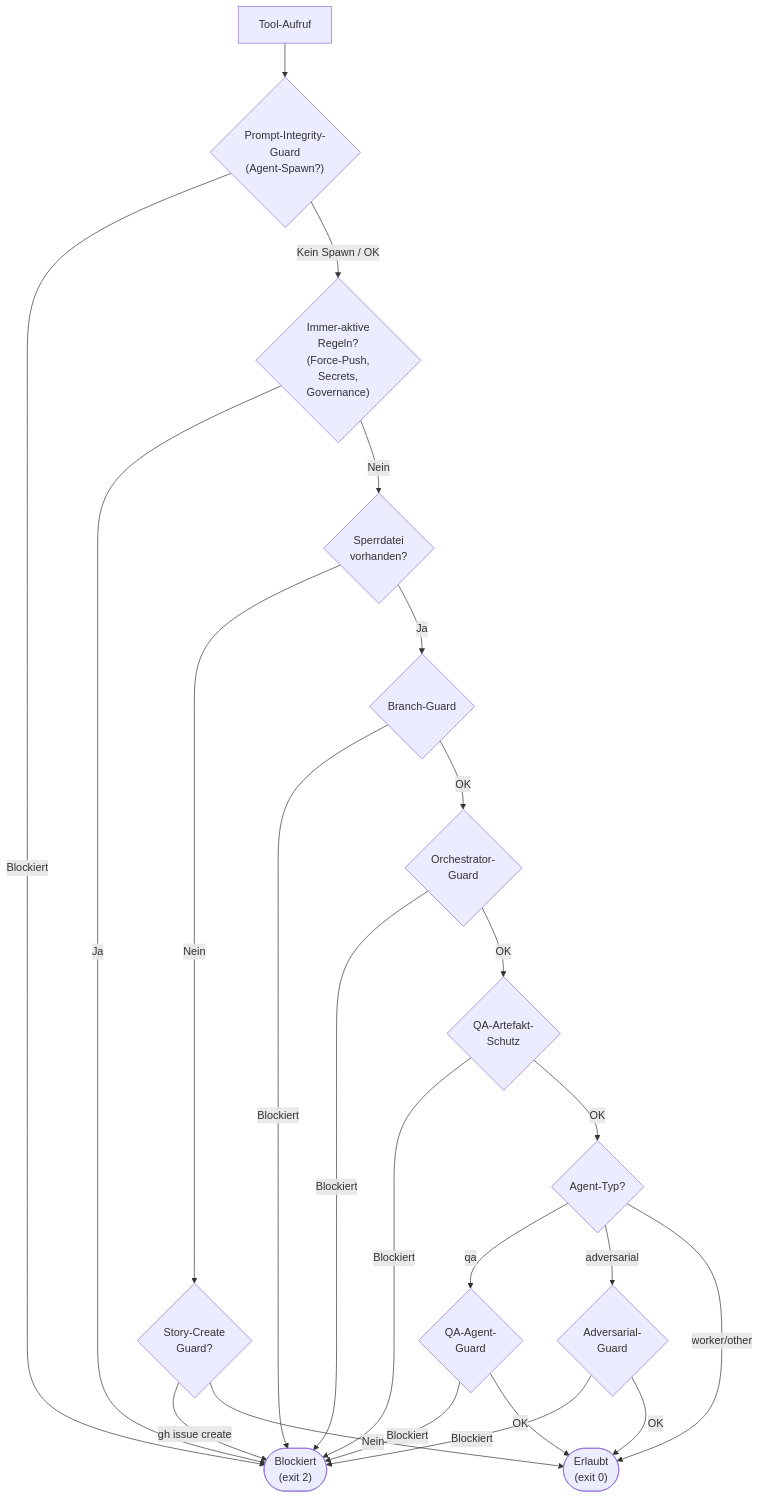
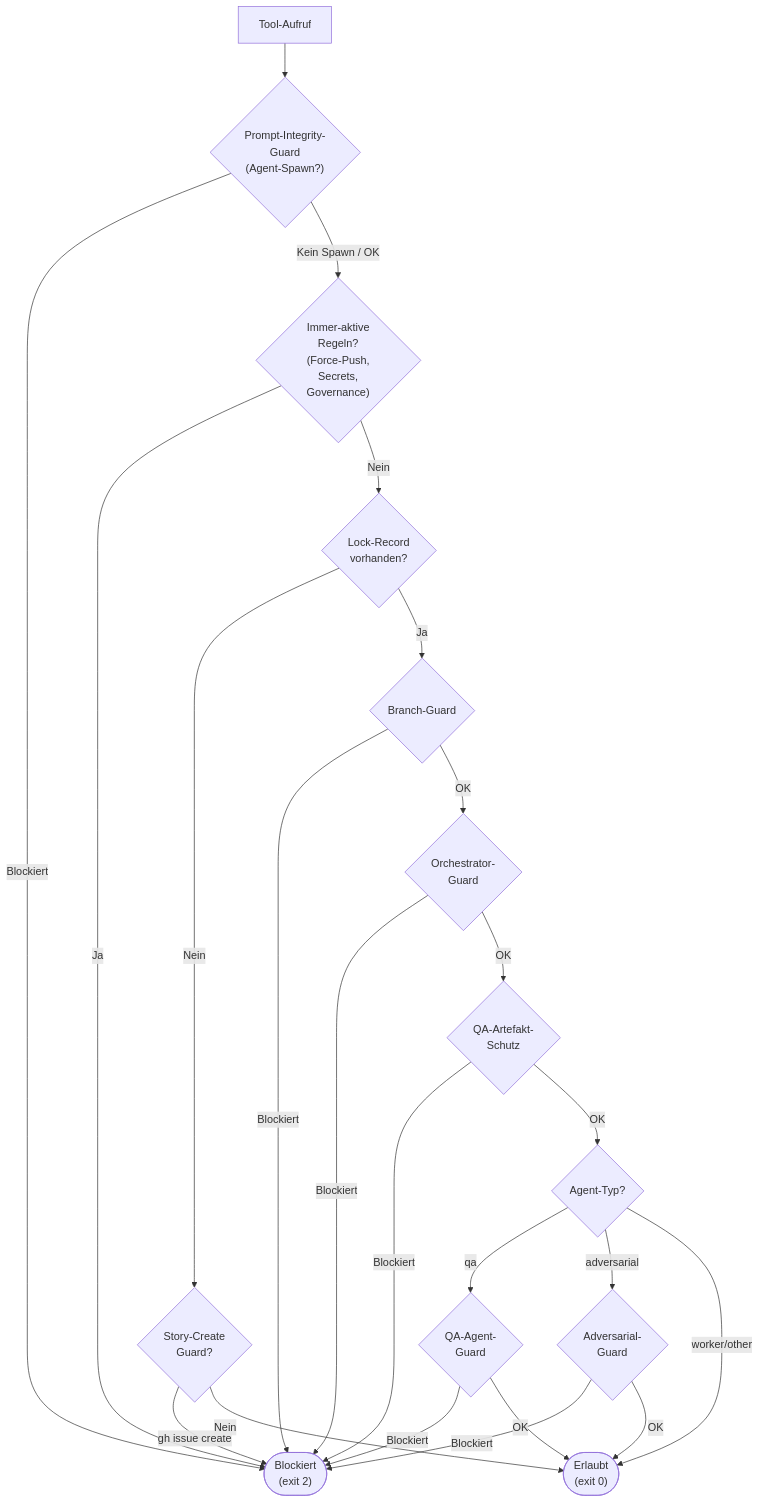
Before and after one commit to saltenhof/claude-agentkit3: the diagram in concept/technical-design/31_branch_guard_orchestrator_guard_artefaktschutz.md, drawn with Mermaid. The commit also changed other lines of this file and 135 other files, not shown here.

````diff
--- a/concept/technical-design/31_branch_guard_orchestrator_guard_artefaktschutz.md
+++ b/concept/technical-design/31_branch_guard_orchestrator_guard_artefaktschutz.md
@@ -467,31 +489,31 @@
 ```mermaid
 flowchart TD
     CALL["Tool-Aufruf"] --> PROMPT_INT{"Prompt-Integrity-<br/>Guard<br/>(Agent-Spawn?)"}
 
     PROMPT_INT -->|"Blockiert"| BLOCK(["Blockiert<br/>(exit 2)"])
     PROMPT_INT -->|"Kein Spawn / OK"| ALWAYS{"Immer-aktive<br/>Regeln?<br/>(Force-Push,<br/>Secrets,<br/>Governance)"}
 
     ALWAYS -->|"Ja"| BLOCK
-    ALWAYS -->|"Nein"| SPERR{"Sperrdatei<br/>vorhanden?"}
+    ALWAYS -->|"Nein"| SPERR{"Lock-Record<br/>vorhanden?"}
 
     SPERR -->|"Nein"| STORY_CREATE{"Story-Create<br/>Guard?"}
     STORY_CREATE -->|"gh issue create"| BLOCK
     STORY_CREATE -->|"Nein"| PASS(["Erlaubt<br/>(exit 0)"])
 
     SPERR -->|"Ja"| BRANCH{"Branch-Guard"}
     BRANCH -->|"Blockiert"| BLOCK
     BRANCH -->|"OK"| ORCH{"Orchestrator-<br/>Guard"}
     ORCH -->|"Blockiert"| BLOCK
     ORCH -->|"OK"| QA{"QA-Artefakt-<br/>Schutz"}
     QA -->|"Blockiert"| BLOCK
     QA -->|"OK"| AGENT_TYPE{"Agent-Typ?"}
 
     AGENT_TYPE -->|"qa"| QA_GUARD{"QA-Agent-<br/>Guard"}
     AGENT_TYPE -->|"adversarial"| ADV_GUARD{"Adversarial-<br/>Guard"}
     AGENT_TYPE -->|"worker/other"| PASS
 
     QA_GUARD -->|"Blockiert"| BLOCK
     QA_GUARD -->|"OK"| PASS
     ADV_GUARD -->|"Blockiert"| BLOCK
     ADV_GUARD -->|"OK"| PASS
 ```
````
